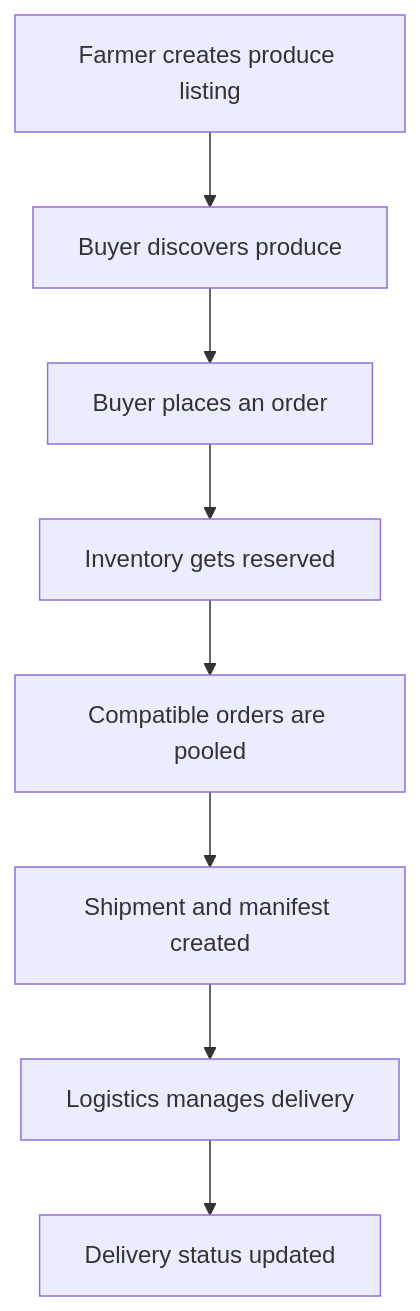
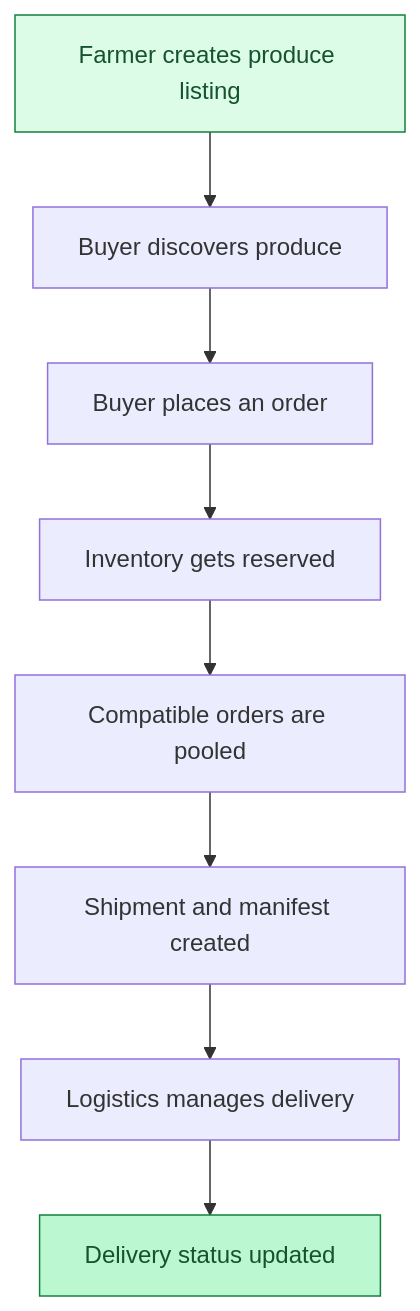
The third of 3 diagrams in README.md (jeevanhs9/KrishiMitra), drawn with Mermaid before and after one commit. The commit also changed other lines of this file, not shown here.

````diff
--- a/README.md
+++ b/README.md
@@ -177,13 +266,16 @@
 ```mermaid
 flowchart TD
     A["Farmer creates produce listing"]
     B["Buyer discovers produce"]
     C["Buyer places an order"]
     D["Inventory gets reserved"]
     E["Compatible orders are pooled"]
     F["Shipment and manifest created"]
     G["Logistics manages delivery"]
     H["Delivery status updated"]
 
     A --> B --> C --> D --> E --> F --> G --> H
+
+    style A fill:#dcfce7,stroke:#15803d,color:#14532d
+    style H fill:#bbf7d0,stroke:#15803d,color:#14532d
 ```
````
